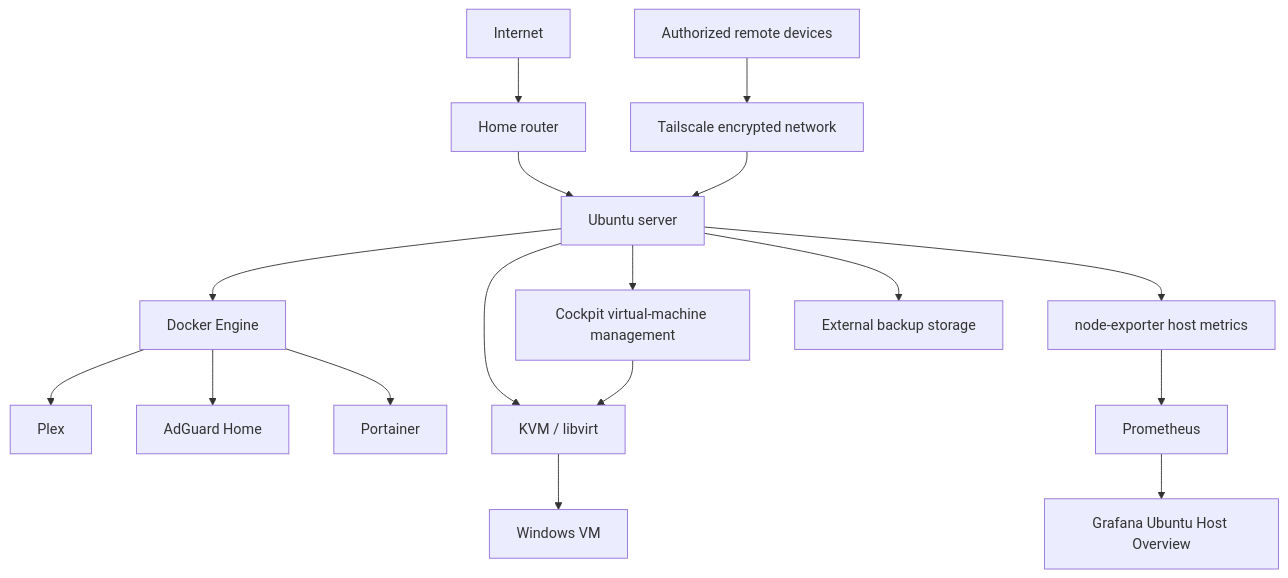
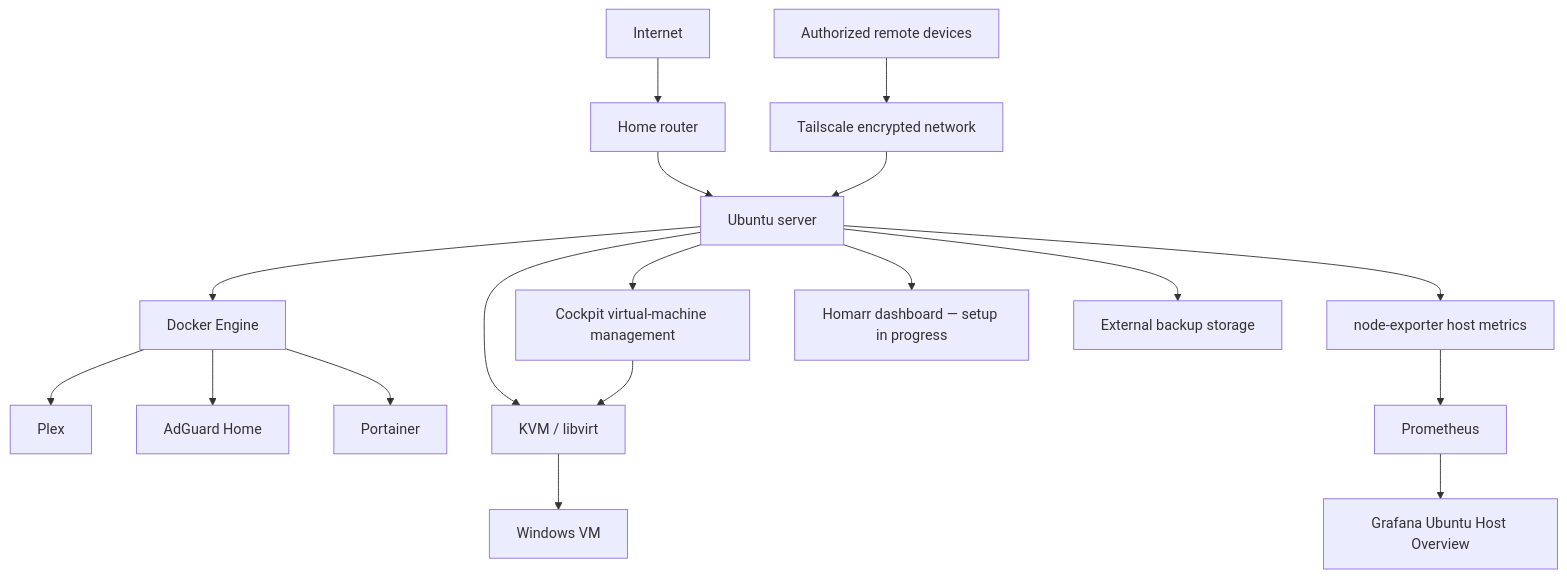
The diagram in README.md (dhussle999/cybersecurity-homelab), drawn with Mermaid before and after one commit. The commit also changed other lines of this file, not shown here.

Commit message:
docs: record Homarr dashboard setup progress

````diff
--- a/README.md
+++ b/README.md
@@ -17,19 +17,20 @@
 ```mermaid
 flowchart TD
     Internet --> Router["Home router"]
     Router --> Host["Ubuntu server"]
     Remote["Authorized remote devices"] --> TS["Tailscale encrypted network"]
     TS --> Host
     Host --> Docker["Docker Engine"]
     Docker --> Plex["Plex"]
     Docker --> AdGuard["AdGuard Home"]
     Docker --> Portainer["Portainer"]
     Host --> KVM["KVM / libvirt"]
     KVM --> Windows["Windows VM"]
     Host --> Cockpit["Cockpit virtual-machine management"]
     Cockpit --> KVM
     Host --> NE["node-exporter host metrics"]
     NE --> Prom["Prometheus"]
     Prom --> Grafana["Grafana Ubuntu Host Overview"]
+    Host --> Homarr["Homarr dashboard — setup in progress"]
     Host --> Backup["External backup storage"]
 ```
````
